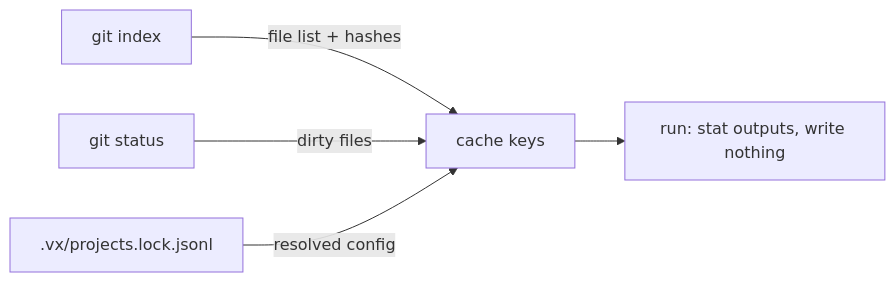
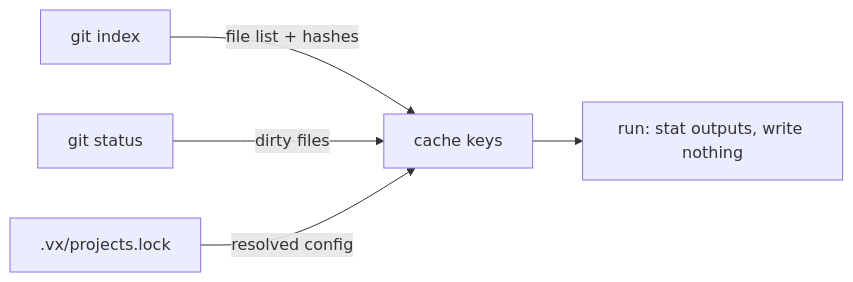
One commit to vznjs/vx changed the second of 2 diagrams in private/vx-docs/src/content/docs/blog/no-daemon.md. Above: the diagram before and after it, drawn with Mermaid. The commit also changed 125 other files, not shown here.

First line of the commit message:
refactor(cli)!: drop the lock merge driver, name it .vx/projects.lock

````diff
--- a/private/vx-docs/src/content/docs/blog/no-daemon.md
+++ b/private/vx-docs/src/content/docs/blog/no-daemon.md
@@ -44,7 +44,7 @@
 ```mermaid
 flowchart LR
   G[git index] -->|file list + hashes| K[cache keys]
   S[git status] -->|dirty files| K
-  L[.vx/projects.lock.jsonl] -->|resolved config| K
+  L[.vx/projects.lock] -->|resolved config| K
   K --> R[run: stat outputs, write nothing]
 ```
````
